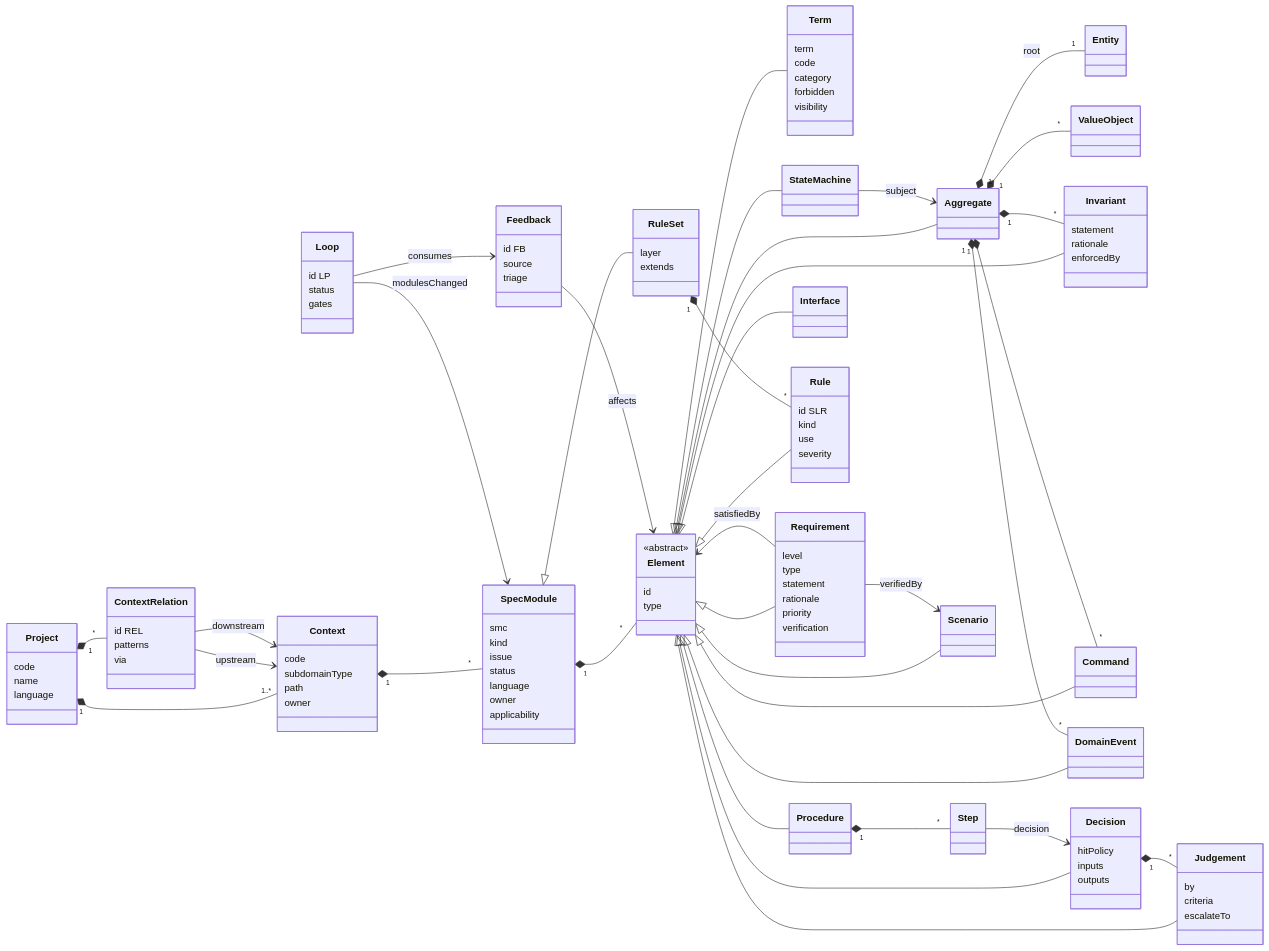
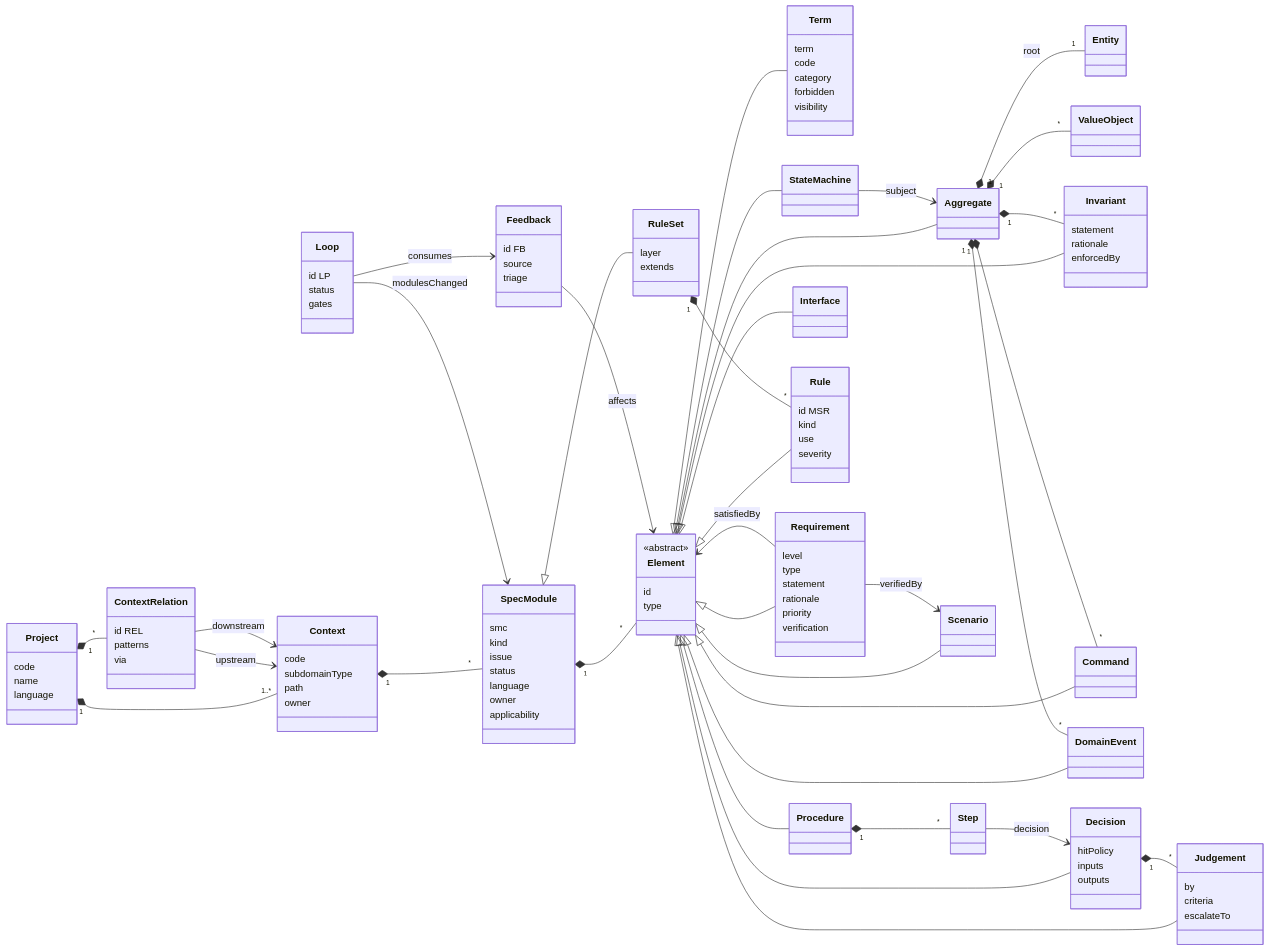
The second of 3 diagrams in docs/03-conceptual-model.md (shuji-bonji/mutualspec), drawn with Mermaid before and after one commit. The commit also changed other lines of this file and 86 other files, not shown here.

```diff
--- a/docs/03-conceptual-model.md
+++ b/docs/03-conceptual-model.md
@@ -108,7 +108,7 @@
     extends
   }
   class Rule {
-    id SLR
+    id MSR
     kind
     use
     severity
```
